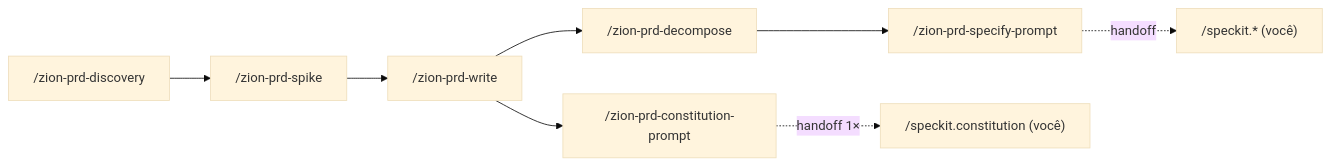
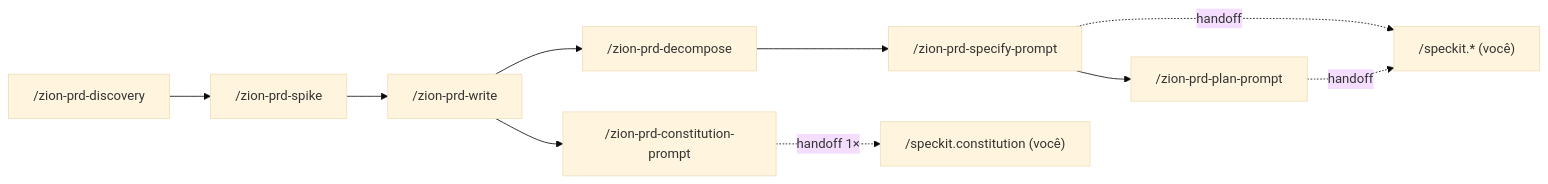
The diagram in docs/como-usar.md (tuyoshivinicius/zion-build-prd), drawn with Mermaid (base theme) before and after one commit. The commit also changed other lines of this file and 2 other files, not shown here.

Commit message:
docs: refletir a ponte zion-prd-plan-prompt (5c) no README e guias

````diff
--- a/docs/como-usar.md
+++ b/docs/como-usar.md
@@ -46,10 +47,12 @@
 ```mermaid
 flowchart LR
     A["/zion-prd-discovery"] --> B["/zion-prd-spike"]
     B --> C["/zion-prd-write"]
     C --> D["/zion-prd-decompose"]
     C --> G["/zion-prd-constitution-prompt"]
     D --> E["/zion-prd-specify-prompt"]
+    E --> P["/zion-prd-plan-prompt"]
     G -.->|handoff 1×| H["/speckit.constitution (você)"]
     E -.->|handoff| F["/speckit.* (você)"]
+    P -.->|handoff| F
 ```
````
